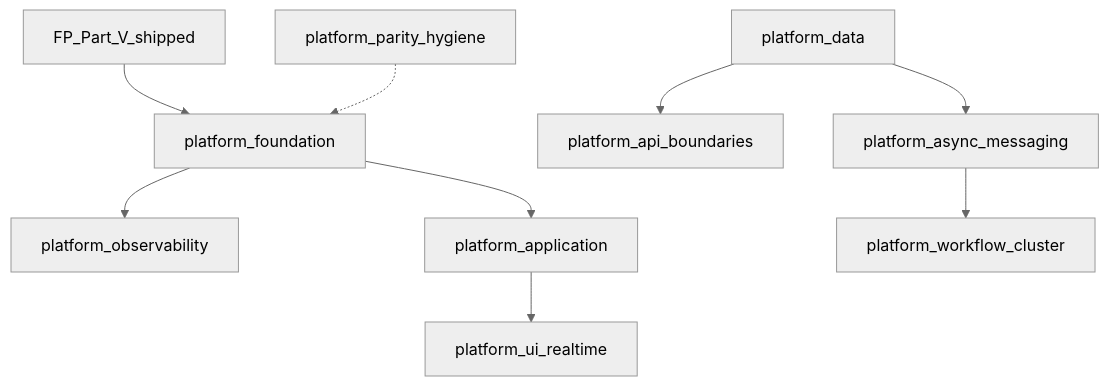
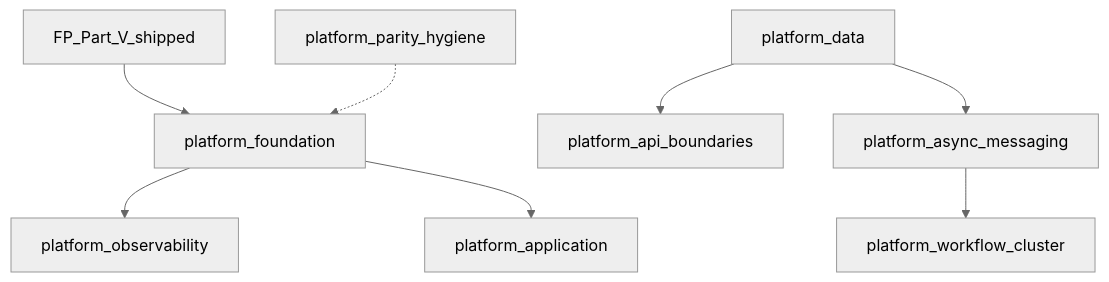
Before and after one commit to Industrial/id_effect: the diagram in docs/platform/ROADMAP.md, drawn with Mermaid (neutral theme). The commit also changed other lines of this file and 259 other files, not shown here.

````diff
--- a/docs/platform/ROADMAP.md
+++ b/docs/platform/ROADMAP.md
@@ -54,21 +52,19 @@
 ```mermaid
 flowchart TD
   FP[FP_Part_V_shipped]
   P1[platform_foundation]
   P2[platform_observability]
   P3[platform_data]
   P4[platform_api_boundaries]
   P5[platform_application]
   P6[platform_async_messaging]
   P7[platform_workflow_cluster]
-  P8[platform_ui_realtime]
   P11[platform_parity_hygiene]
   FP --> P1
   P1 --> P2
   P1 --> P5
   P3 --> P4
   P3 --> P6
-  P5 --> P8
   P6 --> P7
   P11 -.-> P1
 ```
````
